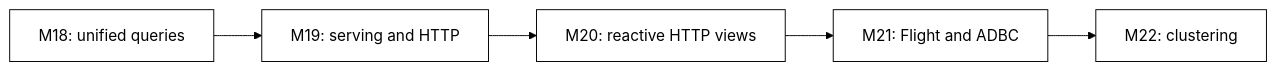
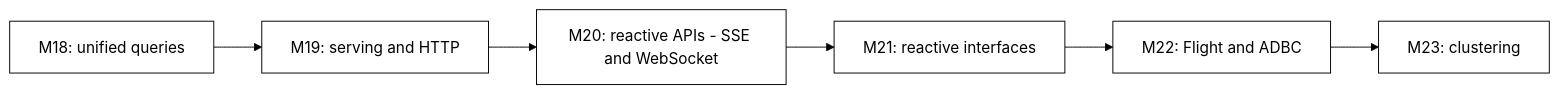
Before and after one commit to spoke-sh/transit: the first of 2 diagrams in docs/design/serving/D1.md, drawn with Mermaid. The commit also changed other lines of this file and 51 other files, not shown here.

Commit message:
docs(roadmap): separate reactive APIs from interface consumers

````diff
--- a/docs/design/serving/D1.md
+++ b/docs/design/serving/D1.md
@@ -29,8 +32,9 @@
 ```mermaid
 %%{init: {'theme': 'base', 'themeVariables': {'primaryColor': '#ffffff', 'primaryTextColor': '#000000', 'primaryBorderColor': '#000000', 'lineColor': '#000000', 'secondaryColor': '#ffffff', 'tertiaryColor': '#ffffff'}}}%%
 flowchart LR
     M18[M18: unified queries] --> M19[M19: serving and HTTP]
-    M19 --> M20[M20: reactive HTTP views]
-    M20 --> M21[M21: Flight and ADBC]
-    M21 --> M22[M22: clustering]
+    M19 --> M20[M20: reactive APIs - SSE and WebSocket]
+    M20 --> M21[M21: reactive interfaces]
+    M21 --> M22[M22: Flight and ADBC]
+    M22 --> M23[M23: clustering]
 ```
````
